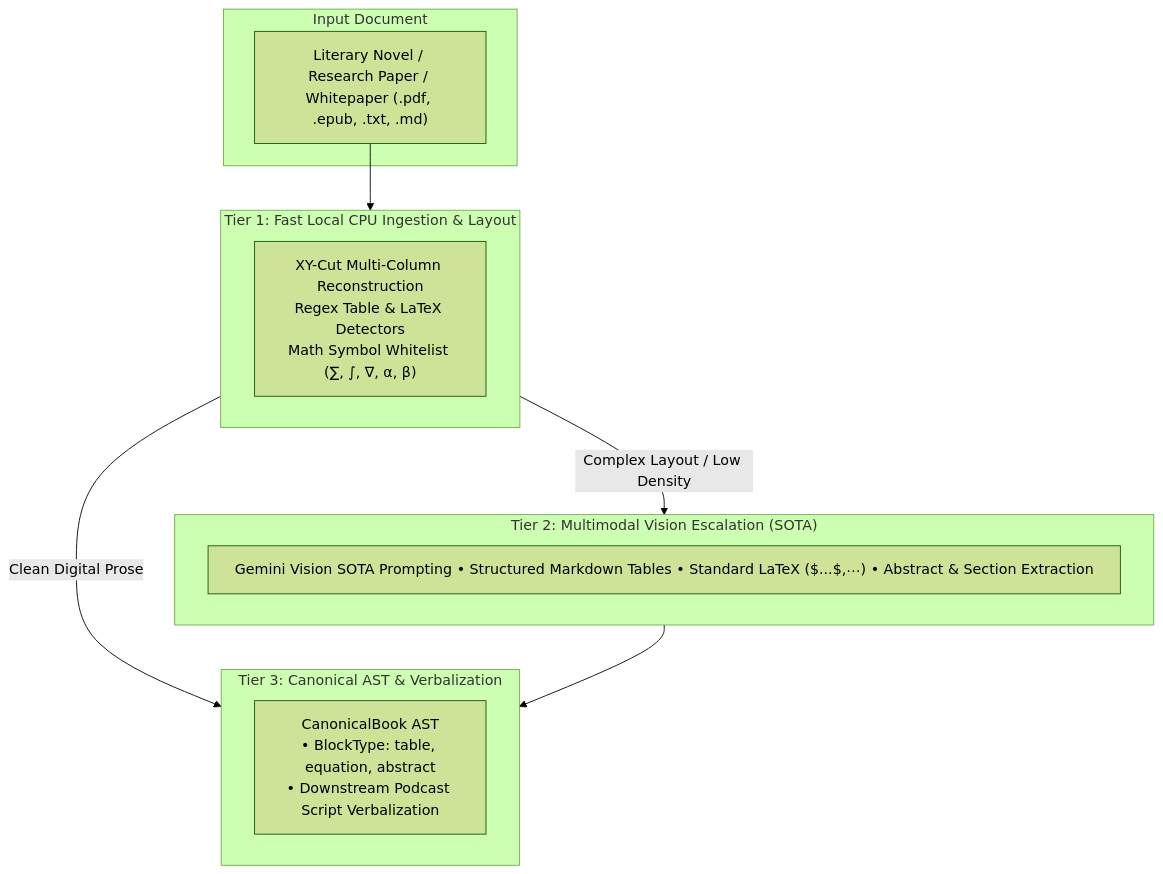
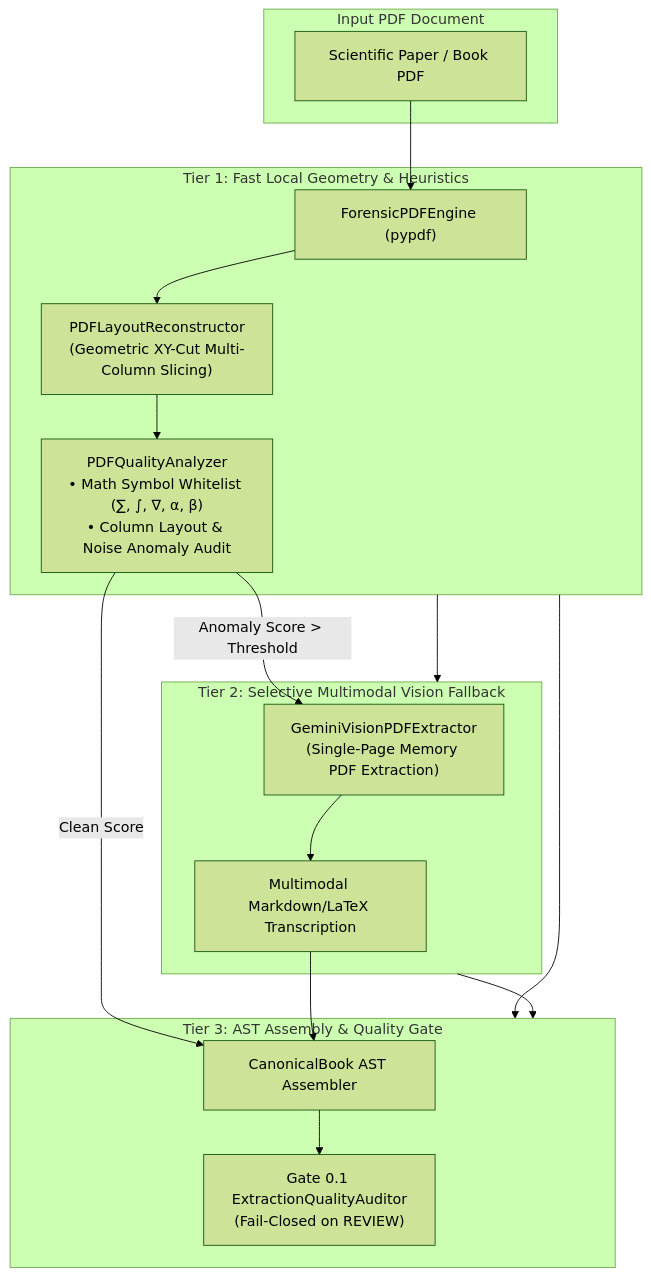
Before and after one commit to naksh-07/audiobook-studio: the diagram in audiobook_factory/extraction/README.md, drawn with Mermaid (forest theme). The commit also changed other lines of this file and 3 other files, not shown here.

Commit message:
docs: add comprehensive documentation for podcast engine, CLI reference, and scientific extraction

````diff
--- a/audiobook_factory/extraction/README.md
+++ b/audiobook_factory/extraction/README.md
@@ -49,23 +98,27 @@
 ```mermaid
 flowchart TD
-    subgraph Input["Input Document"]
-        Doc["Literary Novel / Research Paper / Whitepaper (.pdf, .epub, .txt, .md)"]
+    subgraph Ingestion["Input PDF Document"]
+        PDF["Scientific Paper / Book PDF"]
     end
 
-    subgraph Tier1["Tier 1: Fast Local CPU Ingestion & Layout"]
-        T1["XY-Cut Multi-Column Reconstruction<br/>Regex Table & LaTeX Detectors<br/>Math Symbol Whitelist (∑, ∫, ∇, α, β)"]
+    subgraph Tier1["Tier 1: Fast Local Geometry & Heuristics"]
+        Engine["ForensicPDFEngine (pypdf)"] --> XYCut["PDFLayoutReconstructor<br/>(Geometric XY-Cut Multi-Column Slicing)"]
+        XYCut --> Analyzer["PDFQualityAnalyzer<br/>• Math Symbol Whitelist (∑, ∫, ∇, α, β)<br/>• Column Layout & Noise Anomaly Audit"]
     end
 
-    subgraph Tier2["Tier 2: Multimodal Vision Escalation (SOTA)"]
-        T2["Gemini Vision SOTA Prompting<br/>• Structured Markdown Tables<br/>• Standard LaTeX ($...$, $$...$$)<br/>• Abstract & Section Extraction"]
+    subgraph Tier2["Tier 2: Selective Multimodal Vision Fallback"]
+        Analyzer -->|Anomaly Score > Threshold| Escalator["GeminiVisionPDFExtractor<br/>(Single-Page Memory PDF Extraction)"]
+        Escalator --> SOTA["Multimodal Markdown/LaTeX Transcription"]
     end
 
-    subgraph Tier3["Tier 3: Canonical AST & Verbalization"]
-        T3["CanonicalBook AST<br/>• BlockType: table, equation, abstract<br/>• Downstream Podcast Script Verbalization"]
+    subgraph Tier3["Tier 3: AST Assembly & Quality Gate"]
+        Analyzer -->|Clean Score| Assembly["CanonicalBook AST Assembler"]
+        SOTA --> Assembly
+        Assembly --> Gate["Gate 0.1 ExtractionQualityAuditor<br/>(Fail-Closed on REVIEW)"]
     end
 
-    Doc --> Tier1
-    Tier1 -->|Complex Layout / Low Density| Tier2
-    Tier1 -->|Clean Digital Prose| Tier3
+    PDF --> Engine
+    Tier1 --> Tier2
+    Tier1 --> Tier3
     Tier2 --> Tier3
 ```
````
